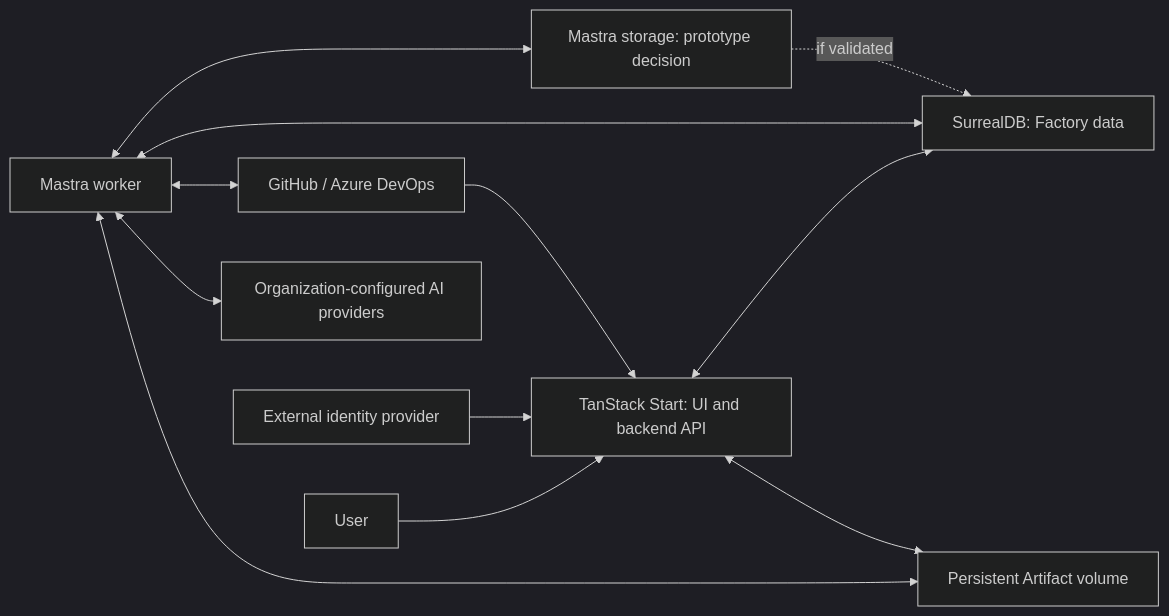
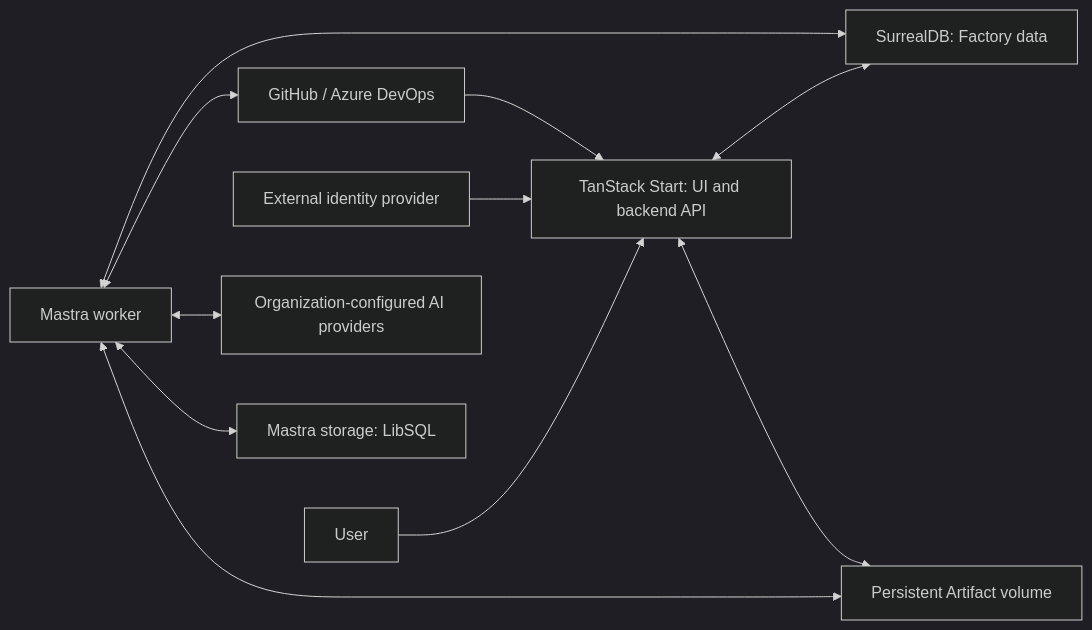
The diagram in docs/foundations.md (TalbyAI/tbfactory), drawn with Mermaid (dark theme) before and after one commit. The commit also changed other lines of this file and 16 other files, not shown here.

Commit message:
Validate durable Workflow storage and select LibSQL

````diff
--- a/docs/foundations.md
+++ b/docs/foundations.md
@@ -29,14 +29,13 @@
 ```mermaid
 flowchart LR
     User["User"] --> Web["TanStack Start: UI and backend API"]
     Identity["External identity provider"] --> Web
     Providers["GitHub / Azure DevOps"] --> Web
     Web <--> DB["SurrealDB: Factory data"]
     Worker["Mastra worker"] <--> DB
     Worker <--> Providers
     Worker <--> AI["Organization-configured AI providers"]
-    Worker <--> Store["Mastra storage: prototype decision"]
-    Store -.->|if validated| DB
+    Worker <--> Store["Mastra storage: LibSQL"]
     Worker <--> Files["Persistent Artifact volume"]
     Web <--> Files
 ```
````
